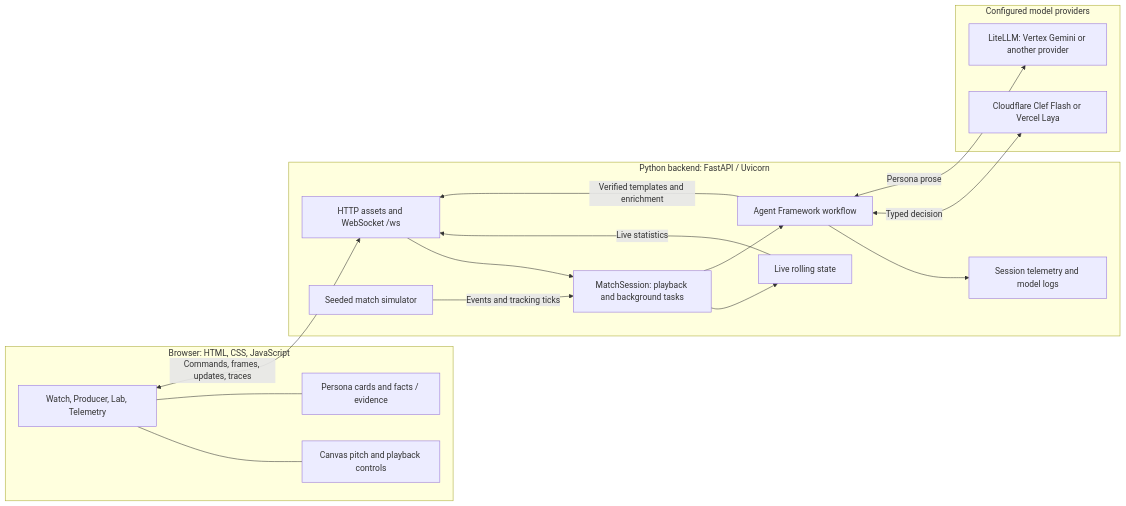
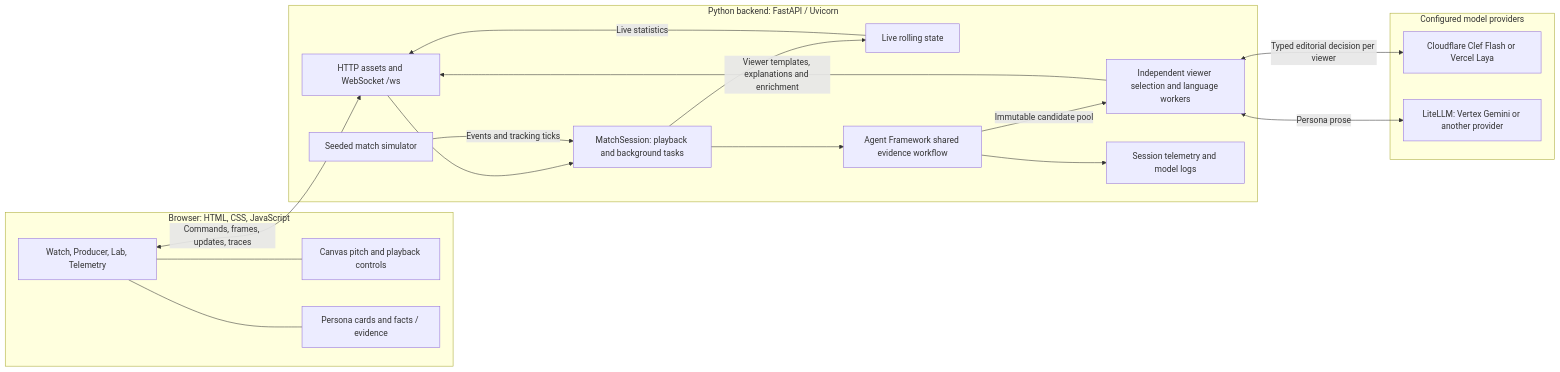
The first of 4 diagrams in ARCHITECTURE.md (shantanu1singh/matchos), drawn with Mermaid before and after one commit. The commit also changed other lines of this file and 17 other files, not shown here.

````diff
--- a/ARCHITECTURE.md
+++ b/ARCHITECTURE.md
@@ -9,35 +9,37 @@
 ```mermaid
 flowchart LR
     subgraph Browser["Browser: HTML, CSS, JavaScript"]
         UI["Watch, Producer, Lab, Telemetry"]
         Pitch["Canvas pitch and playback controls"]
         Views["Persona cards and facts / evidence"]
         UI --- Pitch
         UI --- Views
     end
 
     subgraph Backend["Python backend: FastAPI / Uvicorn"]
         Server["HTTP assets and WebSocket /ws"]
         Session["MatchSession: playback and background tasks"]
         Simulator["Seeded match simulator"]
         LiveState["Live rolling state"]
-        Workflow["Agent Framework workflow"]
+        Workflow["Agent Framework shared evidence workflow"]
+        Viewers["Independent viewer selection and language workers"]
         Traces["Session telemetry and model logs"]
         Server --> Session
         Simulator -->|"Events and tracking ticks"| Session
         Session --> LiveState
         Session --> Workflow
+        Workflow -->|"Immutable candidate pool"| Viewers
         Workflow --> Traces
     end
 
     subgraph Providers["Configured model providers"]
         Decision["Cloudflare Clef Flash or Vercel Laya"]
         Language["LiteLLM: Vertex Gemini or another provider"]
     end
 
     UI <-->|"Commands, frames, updates, traces"| Server
     LiveState -->|"Live statistics"| Server
-    Workflow -->|"Verified templates and enrichment"| Server
-    Workflow <-->|"Typed decision"| Decision
-    Workflow <-->|"Persona prose"| Language
+    Viewers -->|"Viewer templates, explanations and enrichment"| Server
+    Viewers <-->|"Typed editorial decision per viewer"| Decision
+    Viewers <-->|"Persona prose"| Language
 ```
````
